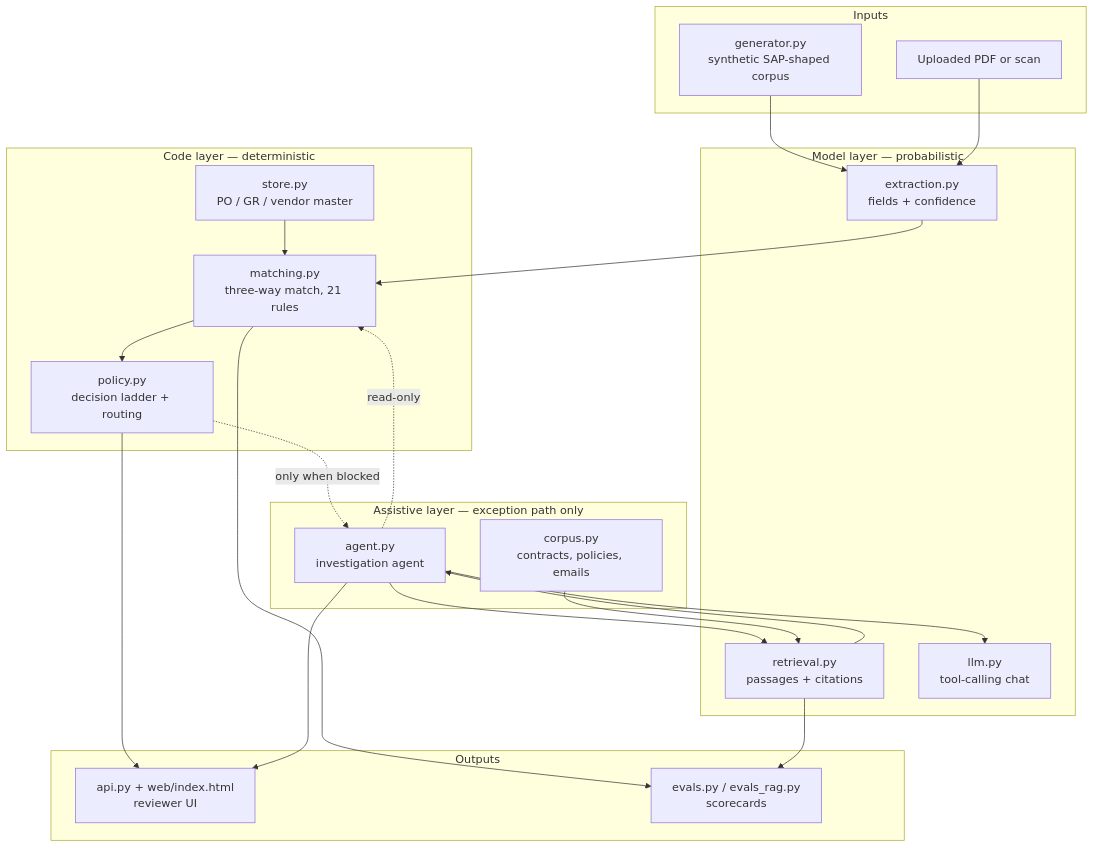
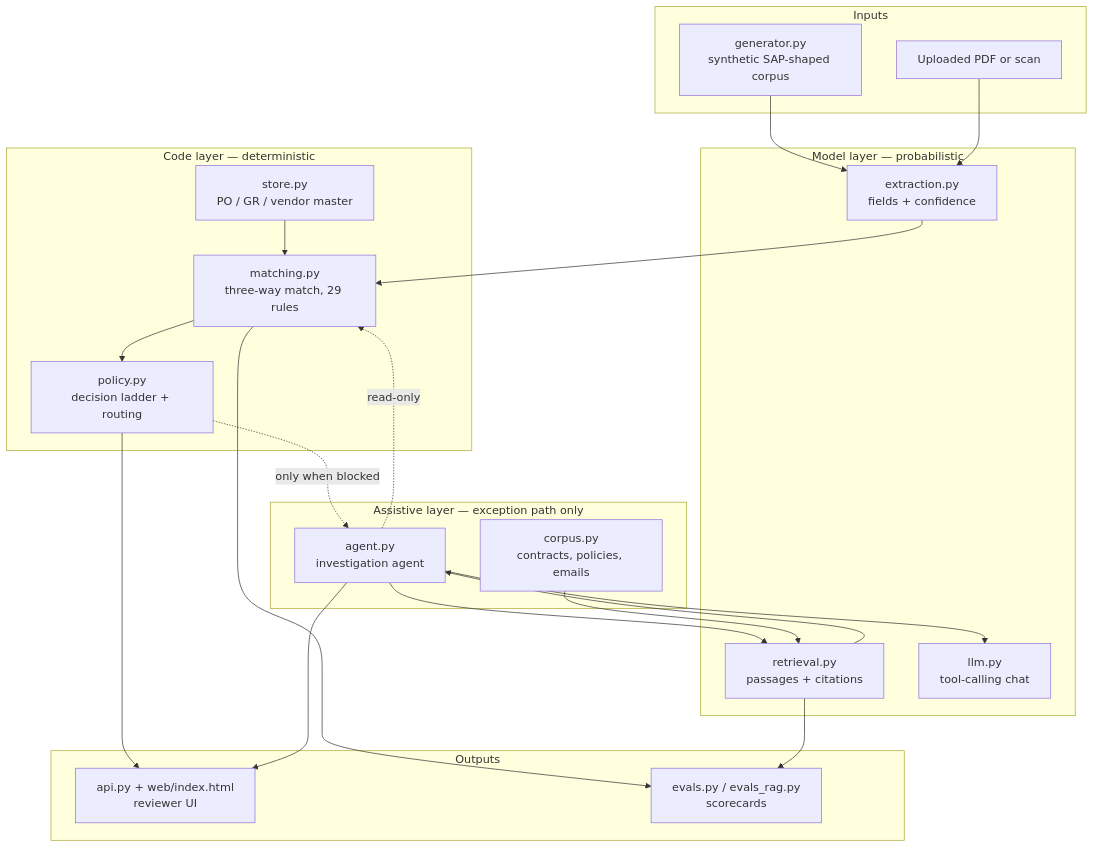
Before and after one commit to ChalaAkkaraju/three-way-match: the first of 3 diagrams in docs/architecture.md, drawn with Mermaid. The commit also changed other lines of this file and 15 other files, not shown here.

````diff
--- a/docs/architecture.md
+++ b/docs/architecture.md
@@ -37,45 +37,45 @@
 ```mermaid
 flowchart TB
     subgraph sources["Inputs"]
         GEN["generator.py<br/>synthetic SAP-shaped corpus"]
         PDF["Uploaded PDF or scan"]
     end
 
     subgraph model["Model layer — probabilistic"]
         EXT["extraction.py<br/>fields + confidence"]
         RET["retrieval.py<br/>passages + citations"]
         LLM["llm.py<br/>tool-calling chat"]
     end
 
     subgraph code["Code layer — deterministic"]
         STORE["store.py<br/>PO / GR / vendor master"]
-        MATCH["matching.py<br/>three-way match, 21 rules"]
+        MATCH["matching.py<br/>three-way match, 29 rules"]
         POL["policy.py<br/>decision ladder + routing"]
     end
 
     subgraph agentl["Assistive layer — exception path only"]
         AG["agent.py<br/>investigation agent"]
         CORP["corpus.py<br/>contracts, policies, emails"]
     end
 
     subgraph out["Outputs"]
         API["api.py + web/index.html<br/>reviewer UI"]
         EV["evals.py / evals_rag.py<br/>scorecards"]
     end
 
     GEN --> EXT
     PDF --> EXT
     EXT --> MATCH
     STORE --> MATCH
     MATCH --> POL
     POL --> API
     POL -. only when blocked .-> AG
     AG --> RET
     AG --> LLM
     AG -. read-only .-> MATCH
     CORP --> RET
     RET --> AG
     AG --> API
     MATCH --> EV
     RET --> EV
 ```
````
